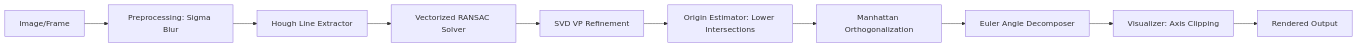
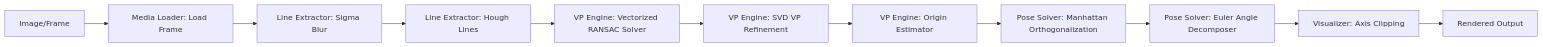
Before and after one commit to hank921109/114-2-Phone_Camera_Attitude: the second of 3 diagrams in README.md, drawn with Mermaid. The commit also changed other lines of this file and 13 other files, not shown here.

````diff
--- a/README.md
+++ b/README.md
@@ -58,12 +59,13 @@
 ```mermaid
 graph LR
-    Img[Image/Frame] --> Pre[Preprocessing: Sigma Blur]
-    Pre --> Line[Hough Line Extractor]
-    Line --> RANSAC[Vectorized RANSAC Solver]
-    RANSAC --> SVD[SVD VP Refinement]
-    SVD --> Origin[Origin Estimator: Lower Intersections]
-    Origin --> Ortho[Manhattan Orthogonalization]
-    Ortho --> Pose[Euler Angle Decomposer]
+    Img[Image/Frame] --> ML[Media Loader: Load Frame]
+    ML --> Pre[Line Extractor: Sigma Blur]
+    Pre --> Line[Line Extractor: Hough Lines]
+    Line --> RANSAC[VP Engine: Vectorized RANSAC Solver]
+    RANSAC --> SVD[VP Engine: SVD VP Refinement]
+    SVD --> Origin[VP Engine: Origin Estimator]
+    Origin --> Ortho[Pose Solver: Manhattan Orthogonalization]
+    Ortho --> Pose[Pose Solver: Euler Angle Decomposer]
     Pose --> Render[Visualizer: Axis Clipping]
     Render --> Out[Rendered Output]
 ```
````
